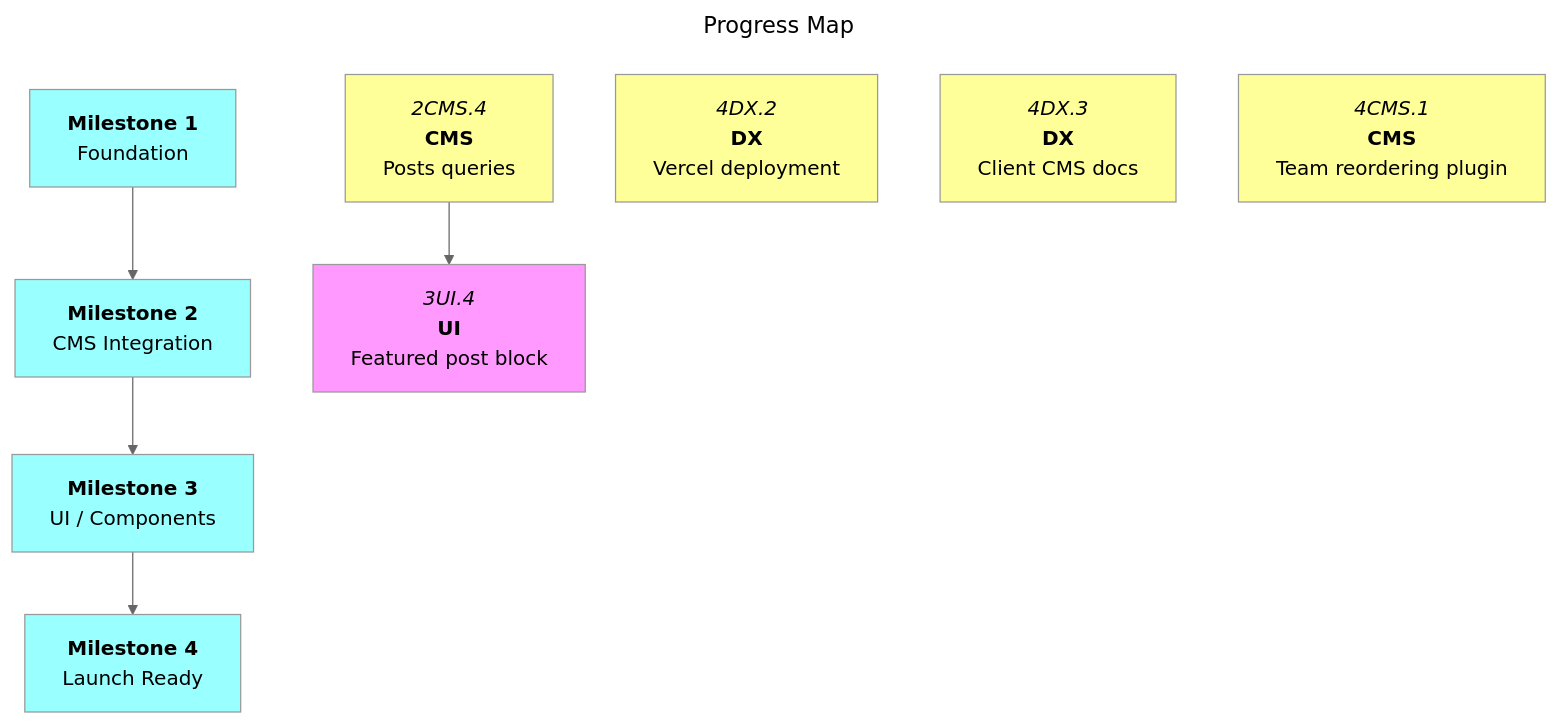
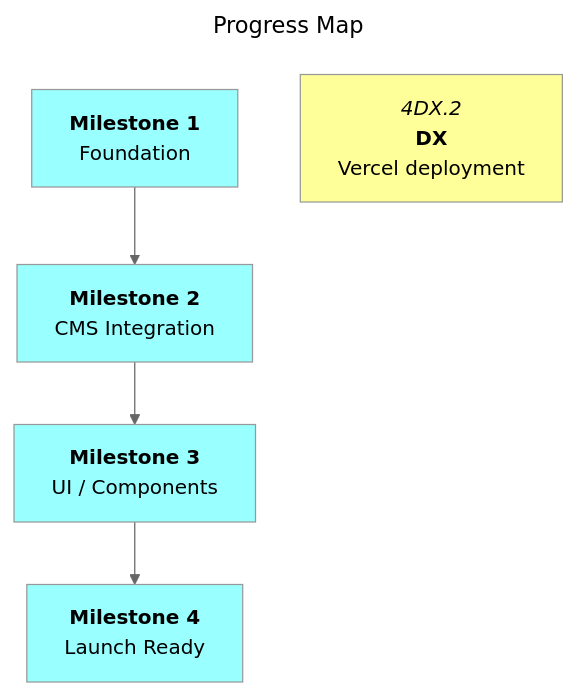
Before and after one commit to Oggie112/C58: the diagram in docs/roadmaps/mvp.md, drawn with Mermaid (neutral theme). The commit also changed other lines of this file and 21 other files, not shown here.

First line of the commit message:
feat(cms): add posts, featured update block, and blog list

````diff
--- a/docs/roadmaps/mvp.md
+++ b/docs/roadmaps/mvp.md
@@ -142,27 +147,19 @@
 ```mermaid
 ---
 title: Progress Map
 ---
 graph TD
 
 m1["`**Milestone 1**<br/>Foundation`"]:::mile
 m2["`**Milestone 2**<br/>CMS Integration`"]:::mile
 m3["`**Milestone 3**<br/>UI / Components`"]:::mile
 m4["`**Milestone 4**<br/>Launch Ready`"]:::mile
 
 m1 --> m2 --> m3 --> m4
 
-2CMS.4["`*2CMS.4*<br/>**CMS**<br/>Posts queries`"]:::open
-
-3UI.4["`*3UI.4*<br/>**UI**<br/>Featured post block`"]
-
 4DX.2["`*4DX.2*<br/>**DX**<br/>Vercel deployment`"]:::open
-4DX.3["`*4DX.3*<br/>**DX**<br/>Client CMS docs`"]:::open
-4CMS.1["`*4CMS.1*<br/>**CMS**<br/>Team reordering plugin`"]:::open
-
-2CMS.4 --> 3UI.4
 
 classDef default fill:#f9f
 classDef open fill:#ff9
 classDef mile fill:#9ff
 ```
````
